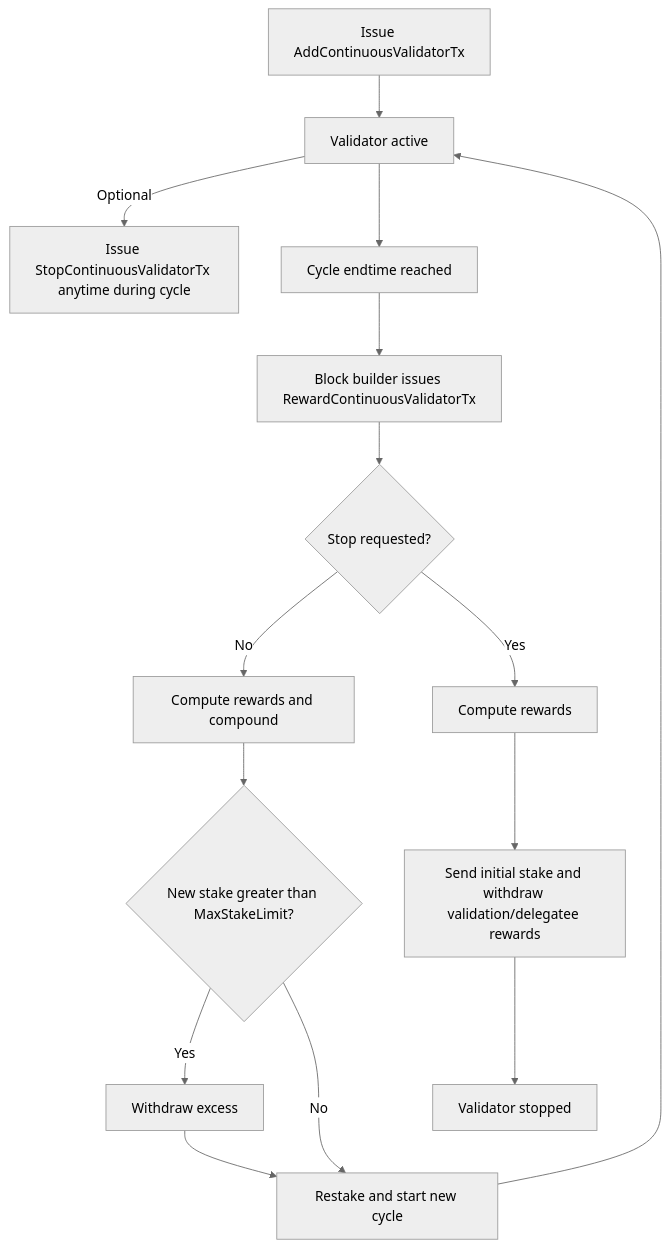
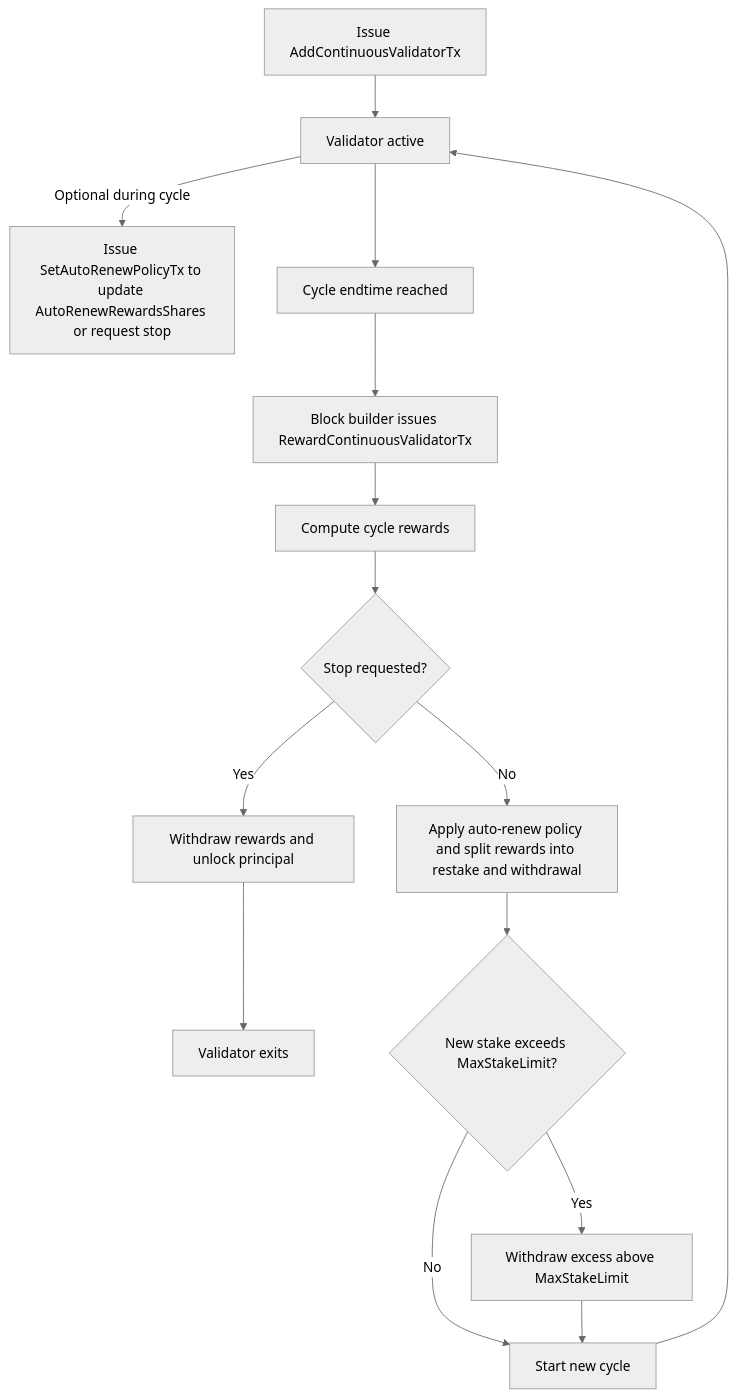
One commit to meaghanfitzgerald/ACPs changed the diagram in ACPs/236-continuous-staking/README.md. Above: the diagram before and after it, drawn with Mermaid (neutral theme). The commit also changed other lines of this file, not shown here.

First line of the commit message:
ACP-236: Continuous Staking - Iteration 1 (#250)

````diff
--- a/ACPs/236-continuous-staking/README.md
+++ b/ACPs/236-continuous-staking/README.md
@@ -119,17 +148,21 @@
 ```mermaid
 flowchart TD
   A[Issue AddContinuousValidatorTx] --> B[Validator active]
-  B -->|Optional| C[Issue StopContinuousValidatorTx anytime during cycle]
+
+  B -->|Optional during cycle| C[Issue SetAutoRenewPolicyTx to update AutoRenewRewardsShares or request stop]
+
   B --> D[Cycle endtime reached]
   D --> E[Block builder issues RewardContinuousValidatorTx]
-  E --> F{Stop requested?}
-  F -->|No| G[Compute rewards and compound]
-  G --> H{New stake greater than MaxStakeLimit?}
-  H -->|Yes| I[Withdraw excess]
-  H -->|No| K
-  I --> K[Restake and start new cycle]
-  K --> B
-  F -->|Yes| L[Compute rewards]
-  L --> M[Send initial stake and withdraw validation/delegatee rewards]
-  M --> N[Validator stopped]
+  E --> F[Compute cycle rewards]
+  F --> G{Stop requested?}
+
+  G -->|Yes| H[Withdraw rewards and unlock principal]
+  H --> I[Validator exits]
+
+  G -->|No| J[Apply auto-renew policy and split rewards into restake and withdrawal]
+  J --> K{New stake exceeds MaxStakeLimit?}
+  K -->|Yes| L[Withdraw excess above MaxStakeLimit]
+  K -->|No| N[Start new cycle]
+  L --> N[Start new cycle]
+  N --> B
 ```
````
